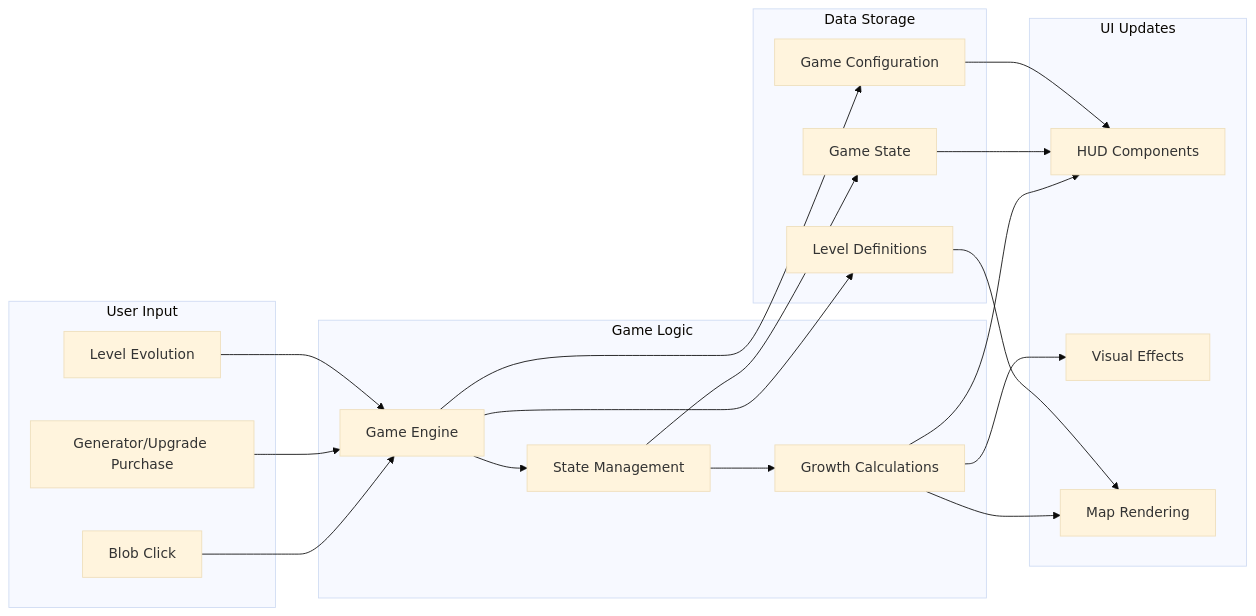
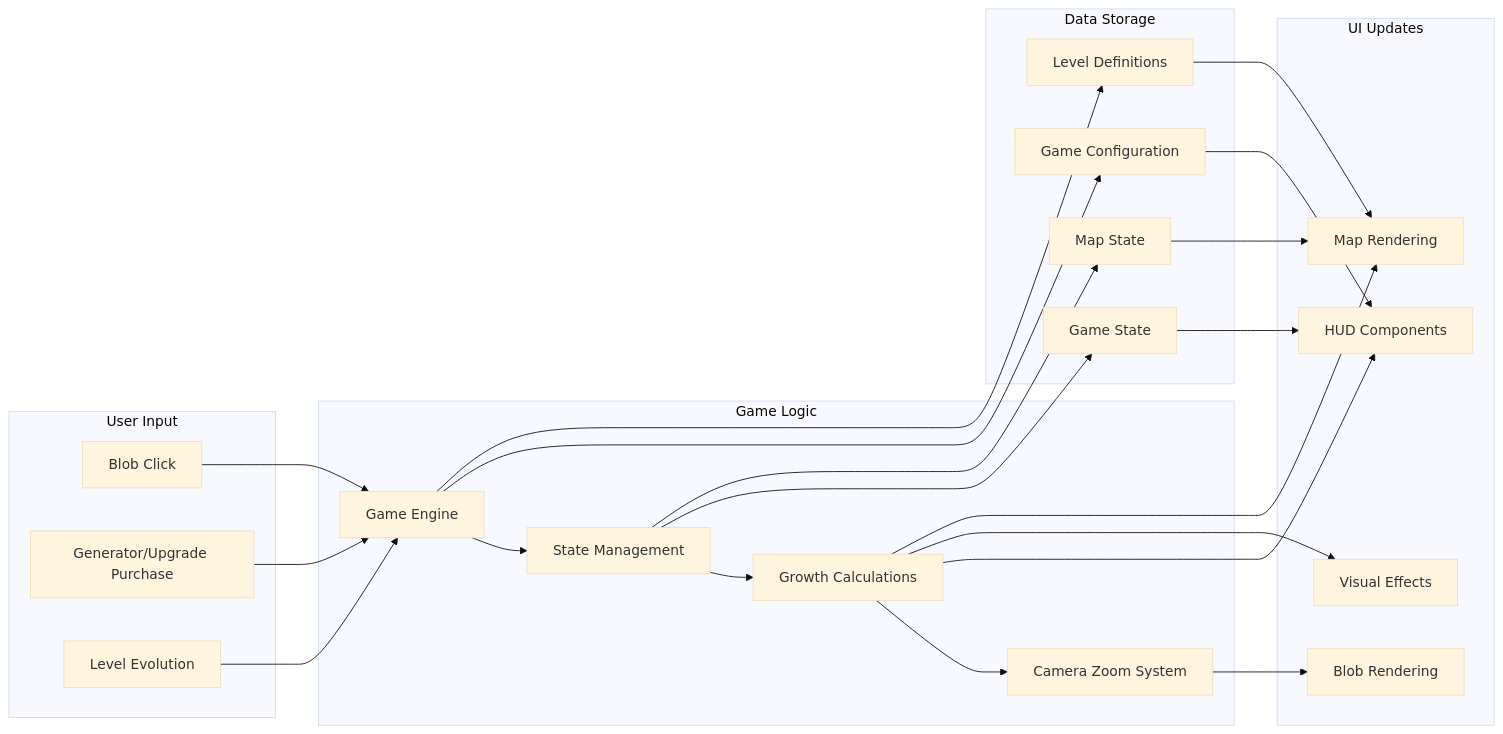
One commit to andreicstoica/blob-game changed diagram 15 of 16 in docs/architecture-diagrams.md. Above: the diagram before and after it, drawn with Mermaid (base theme). The commit also changed other lines of this file and 1 other file, not shown here.

Commit message:
architecture diagram update pre spec writing

````diff
--- a/docs/architecture-diagrams.md
+++ b/docs/architecture-diagrams.md
@@ -450,45 +611,52 @@
 ```mermaid
 flowchart LR
     subgraph "User Input"
         Click[Blob Click]
         Purchase[Generator/Upgrade Purchase]
         Evolution[Level Evolution]
     end
 
     subgraph "Game Logic"
         GameEngine[Game Engine]
         StateManager[State Management]
         Calculations[Growth Calculations]
+        CameraSystem[Camera Zoom System]
     end
 
     subgraph "UI Updates"
         HUD[HUD Components]
         Animations[Visual Effects]
         Map[Map Rendering]
+        Blob[Blob Rendering]
     end
 
     subgraph "Data Storage"
         GameState[Game State]
         Config[Game Configuration]
         Levels[Level Definitions]
+        MapState[Map State]
     end
 
     Click --> GameEngine
     Purchase --> GameEngine
     Evolution --> GameEngine
 
     GameEngine --> StateManager
     StateManager --> Calculations
+    Calculations --> CameraSystem
 
     Calculations --> HUD
     Calculations --> Animations
     Calculations --> Map
+    CameraSystem --> Blob
 
     StateManager --> GameState
+    StateManager --> MapState
     GameEngine --> Config
     GameEngine --> Levels
 
     GameState --> HUD
+    MapState --> Map
     Config --> HUD
     Levels --> Map
 ```
````
